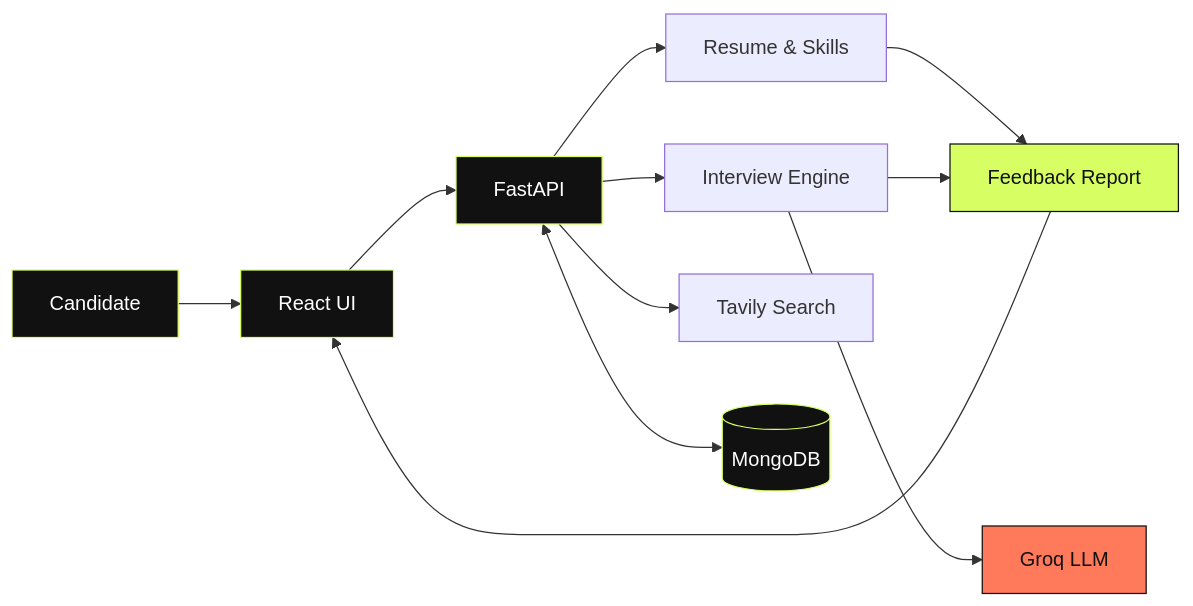
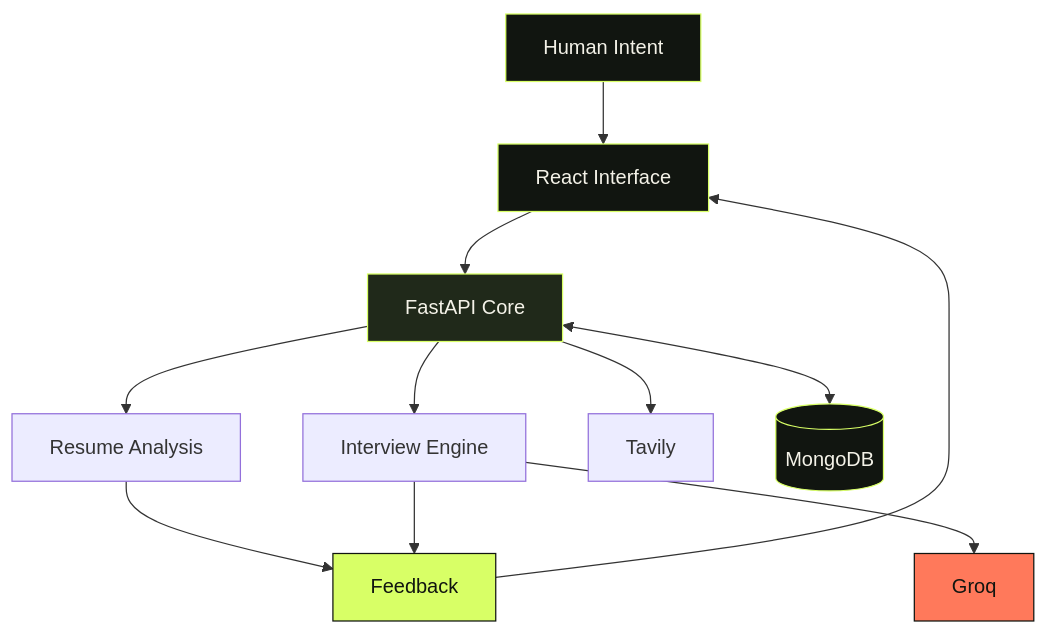
Before and after one commit to sandhruv/sandhruv: the first of 3 diagrams in README.md, drawn with Mermaid. The commit also changed other lines of this file, not shown here.

````diff
--- a/README.md
+++ b/README.md
@@ -150,20 +117,20 @@
 ```mermaid
-flowchart LR
-    A["Candidate"] --> B["React UI"]
-    B --> C["FastAPI"]
-    C --> D["Resume & Skills"]
+flowchart TD
+    A["Human Intent"] --> B["React Interface"]
+    B --> C["FastAPI Core"]
+    C --> D["Resume Analysis"]
     C --> E["Interview Engine"]
-    E --> F["Groq LLM"]
-    C --> G["Tavily Search"]
+    E --> F["Groq"]
+    C --> G["Tavily"]
     C <--> H[("MongoDB")]
-    D --> I["Feedback Report"]
+    D --> I["Feedback"]
     E --> I
     I --> B
 
-    style A fill:#111111,stroke:#D7FF64,color:#FFFFFF
-    style B fill:#111111,stroke:#D7FF64,color:#FFFFFF
-    style C fill:#111111,stroke:#D7FF64,color:#FFFFFF
-    style F fill:#FF795B,stroke:#111111,color:#111111
-    style H fill:#111111,stroke:#D7FF64,color:#FFFFFF
-    style I fill:#D7FF64,stroke:#111111,color:#111111
+    style A fill:#111510,stroke:#D8FF66,color:#F4F2E8
+    style B fill:#111510,stroke:#D8FF66,color:#F4F2E8
+    style C fill:#20291A,stroke:#D8FF66,color:#F4F2E8
+    style F fill:#FF795B,stroke:#111510,color:#111510
+    style H fill:#111510,stroke:#D8FF66,color:#F4F2E8
+    style I fill:#D8FF66,stroke:#111510,color:#111510
 ```
````
